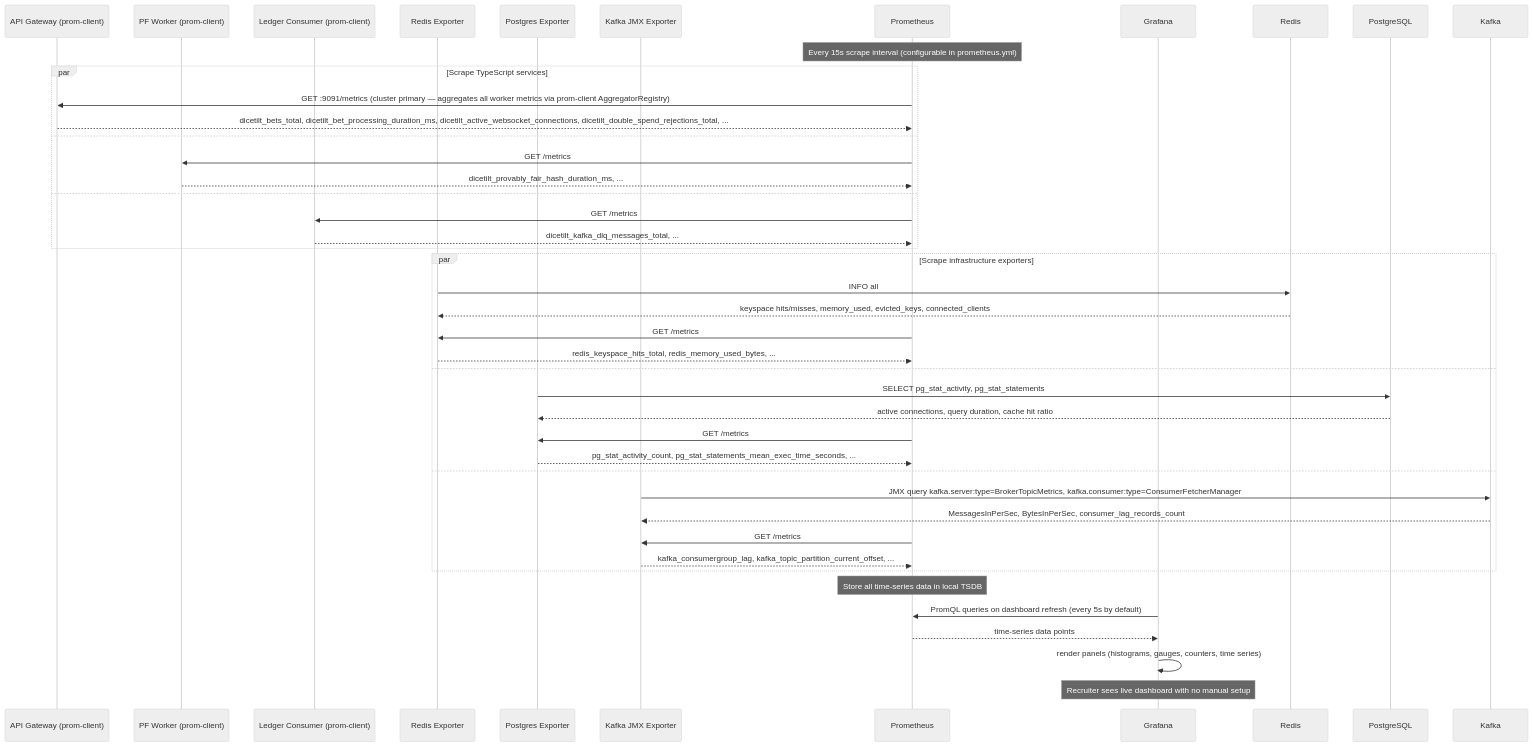
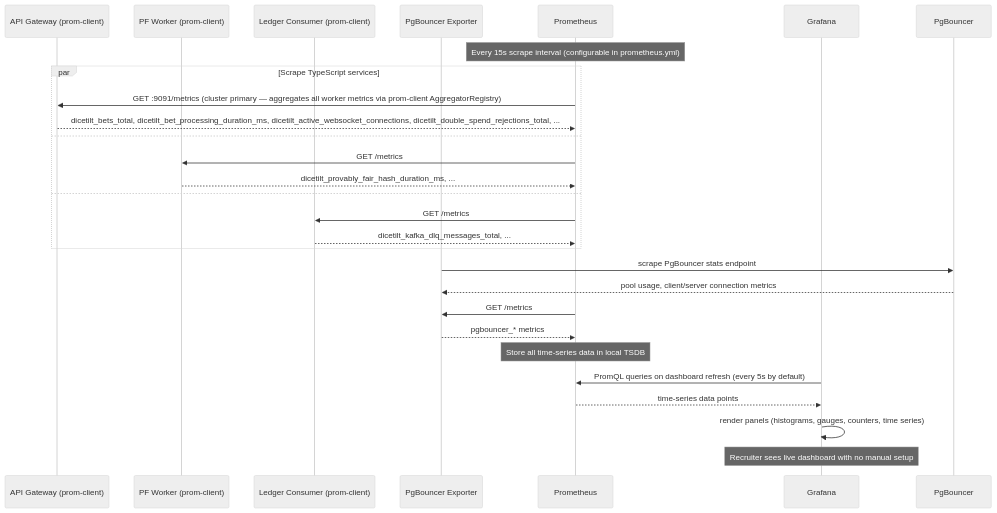
The fourth of 7 diagrams in documentation/infrastructure-flows.md (Fennzo/DiceTilt), drawn with Mermaid (neutral theme) before and after one commit. The commit also changed other lines of this file and 24 other files, not shown here.

Commit message:
align architecture docs with current runtime implementation

````diff
--- a/documentation/infrastructure-flows.md
+++ b/documentation/infrastructure-flows.md
@@ -224,51 +207,35 @@
 ```mermaid
 sequenceDiagram
     participant API as API Gateway (prom-client)
     participant PF as PF Worker (prom-client)
     participant LC as Ledger Consumer (prom-client)
-    participant RedisExp as Redis Exporter
-    participant PGExp as Postgres Exporter
-    participant KafkaExp as Kafka JMX Exporter
+    participant PGBExp as PgBouncer Exporter
     participant Prom as Prometheus
     participant Grafana as Grafana
-    participant Redis as Redis
-    participant PG as PostgreSQL
-    participant Kafka as Kafka
+    participant PGB as PgBouncer
 
     Note over Prom: Every 15s scrape interval (configurable in prometheus.yml)
 
     par Scrape TypeScript services
         Prom->>API: GET :9091/metrics (cluster primary — aggregates all worker metrics via prom-client AggregatorRegistry)
         API-->>Prom: dicetilt_bets_total, dicetilt_bet_processing_duration_ms, dicetilt_active_websocket_connections, dicetilt_double_spend_rejections_total, ...
     and
         Prom->>PF: GET /metrics
         PF-->>Prom: dicetilt_provably_fair_hash_duration_ms, ...
     and
         Prom->>LC: GET /metrics
         LC-->>Prom: dicetilt_kafka_dlq_messages_total, ...
     end
 
-    par Scrape infrastructure exporters
-        RedisExp->>Redis: INFO all
-        Redis-->>RedisExp: keyspace hits/misses, memory_used, evicted_keys, connected_clients
-        Prom->>RedisExp: GET /metrics
-        RedisExp-->>Prom: redis_keyspace_hits_total, redis_memory_used_bytes, ...
-    and
-        PGExp->>PG: SELECT pg_stat_activity, pg_stat_statements
-        PG-->>PGExp: active connections, query duration, cache hit ratio
-        Prom->>PGExp: GET /metrics
-        PGExp-->>Prom: pg_stat_activity_count, pg_stat_statements_mean_exec_time_seconds, ...
-    and
-        KafkaExp->>Kafka: JMX query kafka.server:type=BrokerTopicMetrics, kafka.consumer:type=ConsumerFetcherManager
-        Kafka-->>KafkaExp: MessagesInPerSec, BytesInPerSec, consumer_lag_records_count
-        Prom->>KafkaExp: GET /metrics
-        KafkaExp-->>Prom: kafka_consumergroup_lag, kafka_topic_partition_current_offset, ...
-    end
+    PGBExp->>PGB: scrape PgBouncer stats endpoint
+    PGB-->>PGBExp: pool usage, client/server connection metrics
+    Prom->>PGBExp: GET /metrics
+    PGBExp-->>Prom: pgbouncer_* metrics
 
     Note over Prom: Store all time-series data in local TSDB
 
     Grafana->>Prom: PromQL queries on dashboard refresh (every 5s by default)
     Prom-->>Grafana: time-series data points
     Grafana->>Grafana: render panels (histograms, gauges, counters, time series)
     Note over Grafana: Recruiter sees live dashboard with no manual setup
 ```
````
